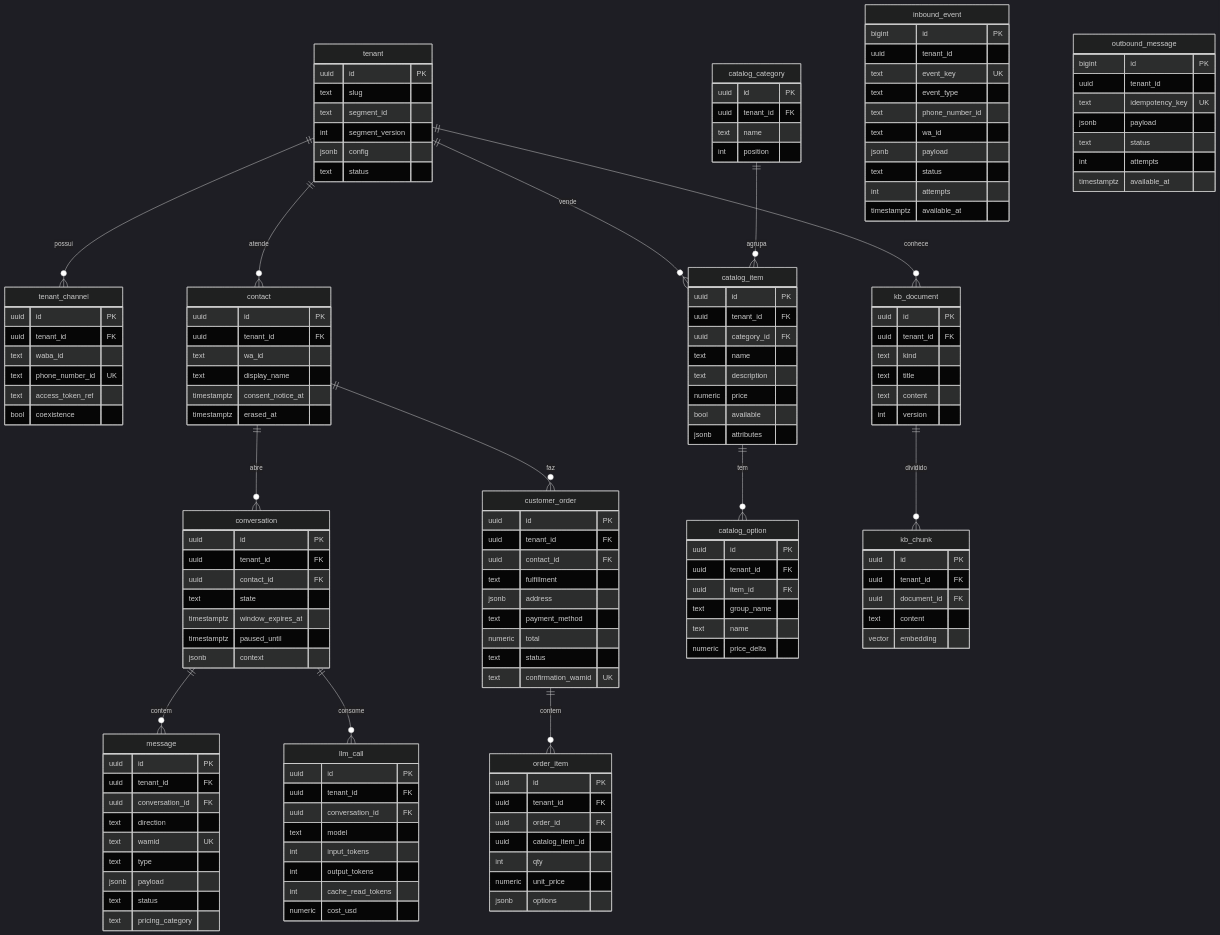
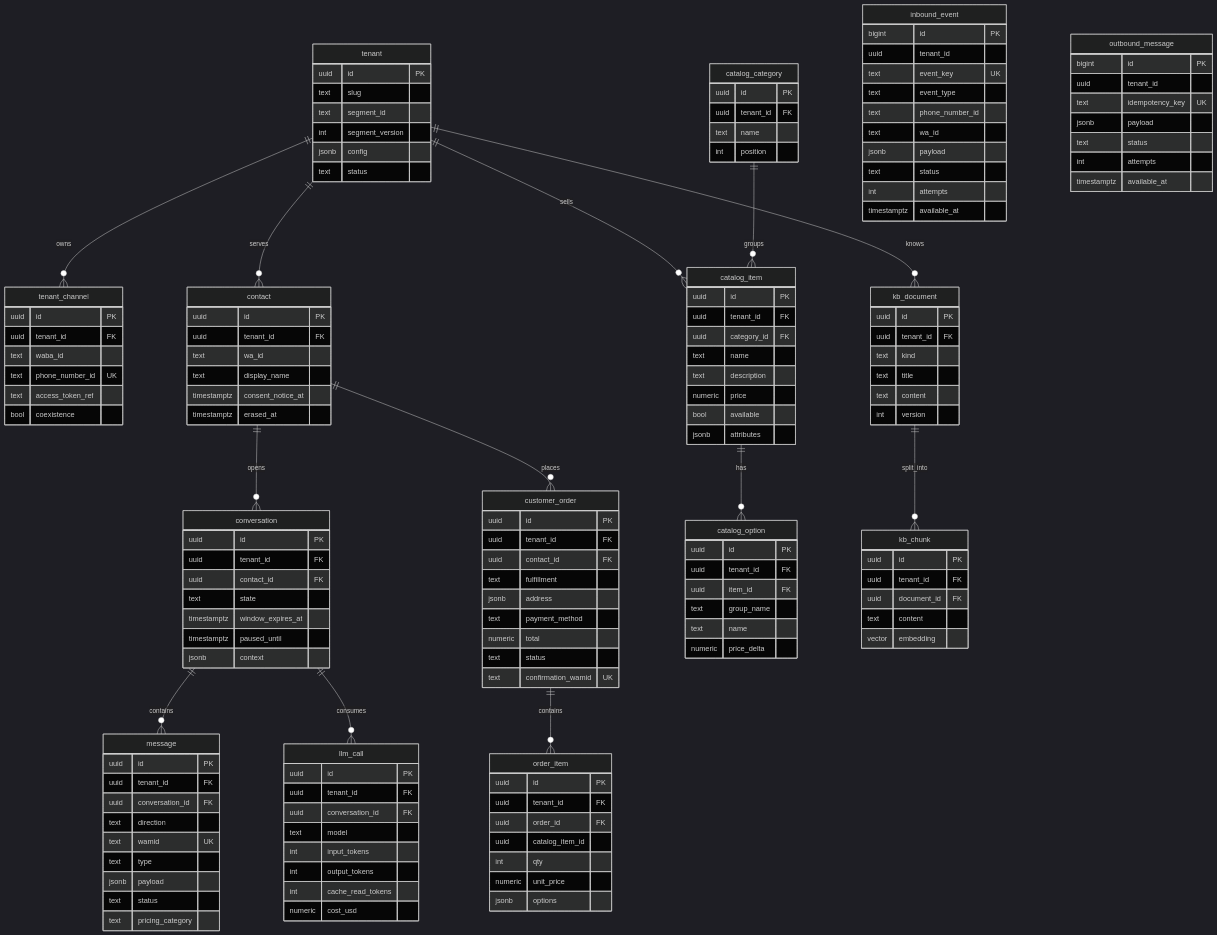
One commit to alexandreluchetti/auto-msg-backend changed the third of 3 diagrams in docs/ARCHITECTURE.md. Above: the diagram before and after it, drawn with Mermaid (dark theme). The commit also changed other lines of this file and 56 other files, not shown here.

````diff
--- a/docs/ARCHITECTURE.md
+++ b/docs/ARCHITECTURE.md
@@ -214,17 +215,17 @@
 ```mermaid
 erDiagram
-    tenant ||--o{ tenant_channel : possui
-    tenant ||--o{ contact : atende
-    tenant ||--o{ catalog_item : vende
-    tenant ||--o{ kb_document : conhece
-    contact ||--o{ conversation : abre
-    conversation ||--o{ message : contem
-    conversation ||--o{ llm_call : consome
-    contact ||--o{ customer_order : faz
-    customer_order ||--o{ order_item : contem
-    catalog_category ||--o{ catalog_item : agrupa
-    catalog_item ||--o{ catalog_option : tem
-    kb_document ||--o{ kb_chunk : dividido
+    tenant ||--o{ tenant_channel : owns
+    tenant ||--o{ contact : serves
+    tenant ||--o{ catalog_item : sells
+    tenant ||--o{ kb_document : knows
+    contact ||--o{ conversation : opens
+    conversation ||--o{ message : contains
+    conversation ||--o{ llm_call : consumes
+    contact ||--o{ customer_order : places
+    customer_order ||--o{ order_item : contains
+    catalog_category ||--o{ catalog_item : groups
+    catalog_item ||--o{ catalog_option : has
+    kb_document ||--o{ kb_chunk : split_into
 
     tenant {
         uuid id PK
````
